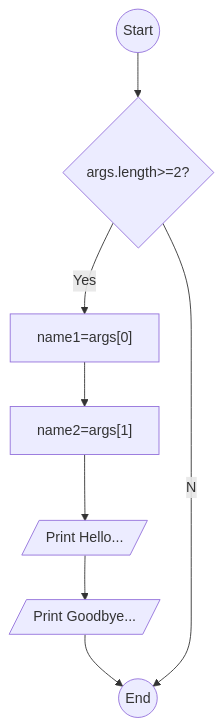
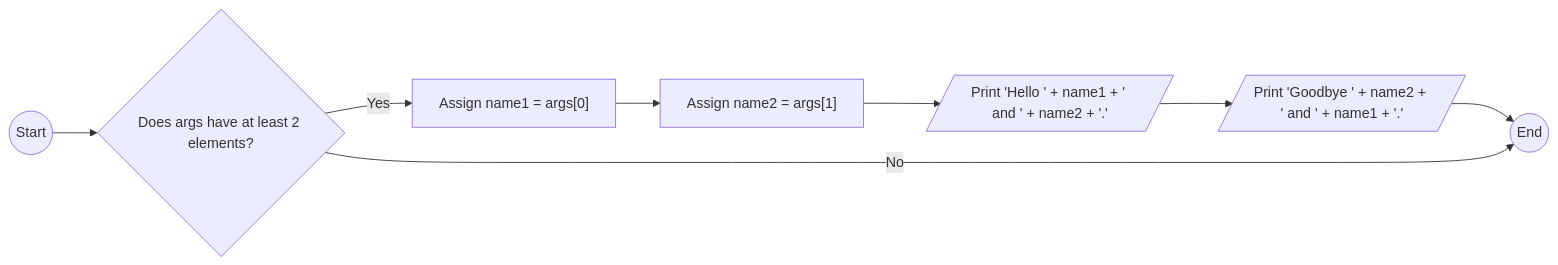
The diagram in problemSet1/HelloGoodbye.mmd (AmpongJkevin2/Flowchart-), drawn with Mermaid before and after one commit. The commit also changed 6 other files, not shown here.

```diff
--- a/problemSet1/HelloGoodbye.mmd
+++ b/problemSet1/HelloGoodbye.mmd
@@ -1,1 +1,8 @@
-graph TD; A((Start))-->B{"args.length>=2?"}; B--Yes-->C["name1=args[0]"]; C-->D["name2=args[1]"]; D-->E[/"Print Hello..."/]; E-->F[/"Print Goodbye..."/]; F-->G((End)); B--No-->G;
+graph LR;
+    A((Start)) --> B{"Does args have at least 2 elements?"};
+    B -- "Yes" --> C["Assign name1 = args[0]"];
+    C --> D["Assign name2 = args[1]"];
+    D --> E[/"Print 'Hello ' + name1 + ' and ' + name2 + '.'" /];
+    E --> F[/"Print 'Goodbye ' + name2 + ' and ' + name1 + '.'" /];
+    F --> G((End));
+    B -- "No" --> G;
```
